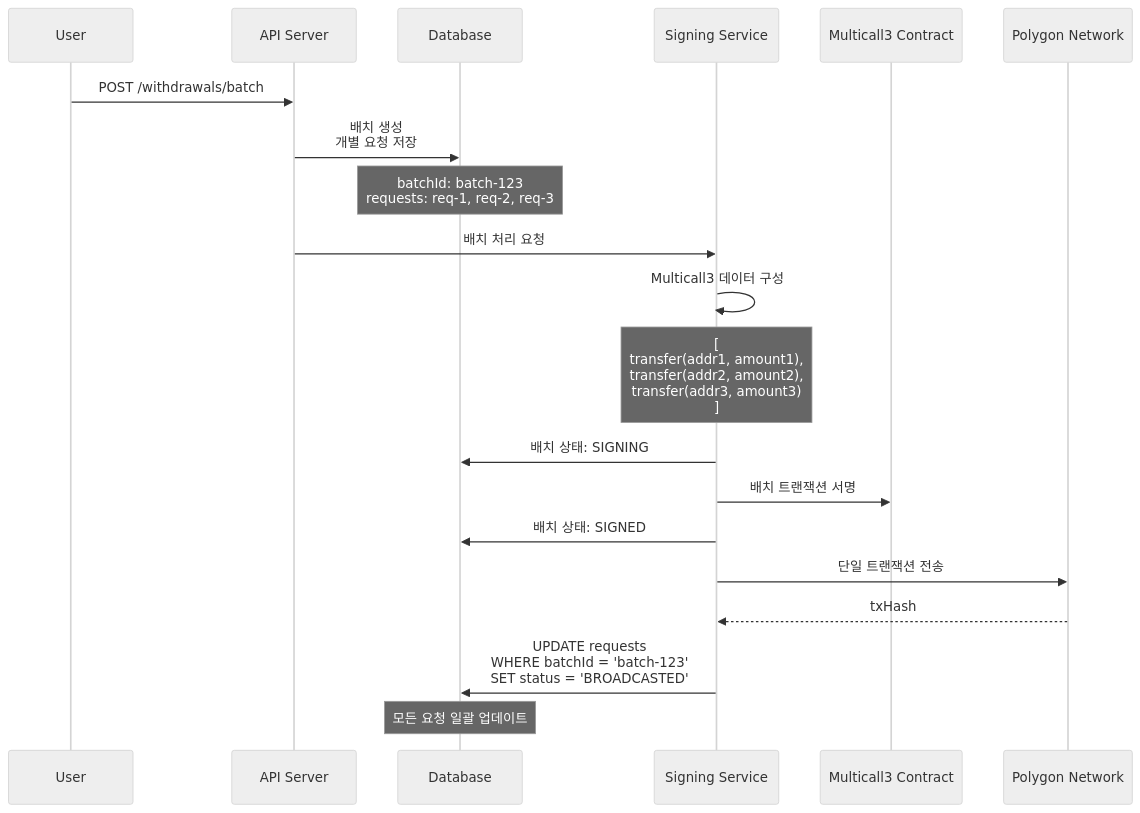
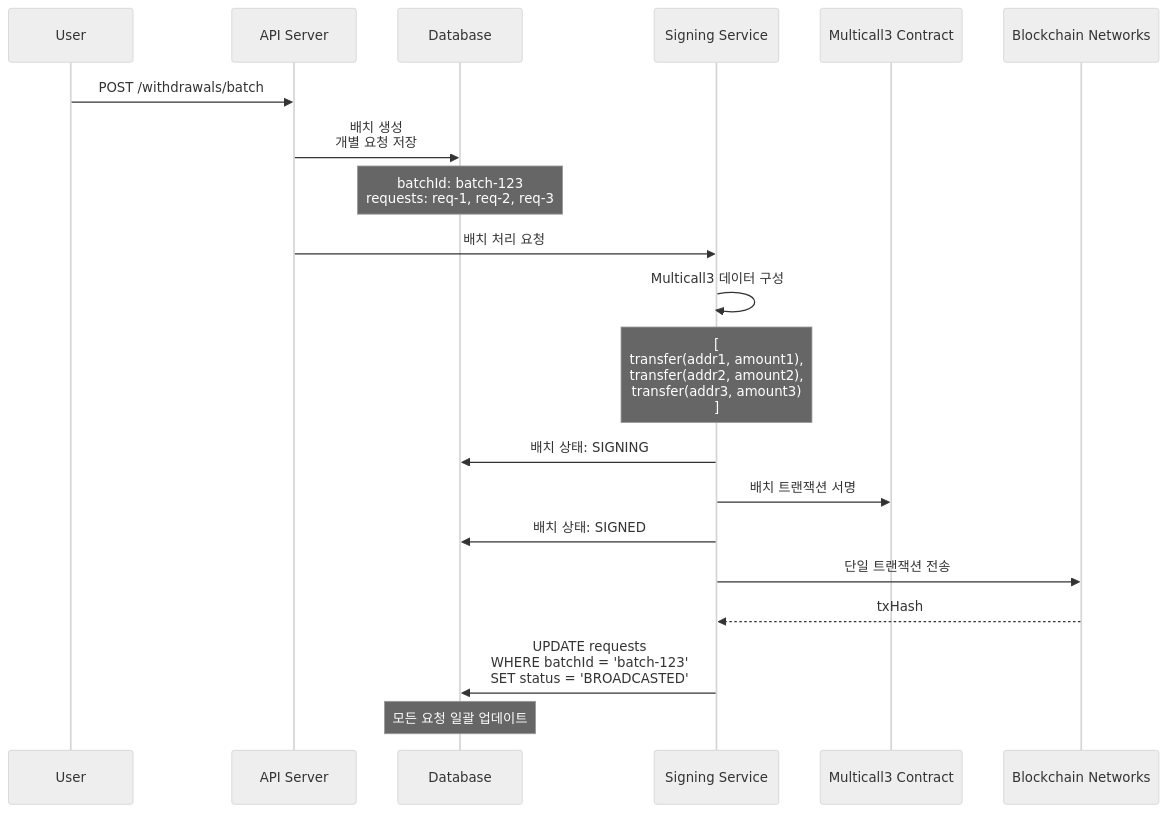
The fourth of 5 diagrams in docs/TRANSACTION_LIFECYCLE.md (globalmsq/asset-withdrawal-monorepo), drawn with Mermaid (neutral theme) before and after one commit. The commit also changed other lines of this file and 3 other files, not shown here.

First line of the commit message:
docs: Update architecture diagrams to reflect multi-chain support

````diff
--- a/docs/TRANSACTION_LIFECYCLE.md
+++ b/docs/TRANSACTION_LIFECYCLE.md
@@ -195,29 +195,29 @@
 ```mermaid
 sequenceDiagram
     participant User
     participant API as API Server
     participant DB as Database
     participant Signer as Signing Service
     participant Multicall as Multicall3 Contract
-    participant Blockchain as Polygon Network
+    participant Blockchain as Blockchain Networks
 
     User->>API: POST /withdrawals/batch
     API->>DB: 배치 생성<br/>개별 요청 저장
     Note over DB: batchId: batch-123<br/>requests: req-1, req-2, req-3
 
     API->>Signer: 배치 처리 요청
 
     Signer->>Signer: Multicall3 데이터 구성
     Note over Signer: [<br/>  transfer(addr1, amount1),<br/>  transfer(addr2, amount2),<br/>  transfer(addr3, amount3)<br/>]
 
     Signer->>DB: 배치 상태: SIGNING
     Signer->>Multicall: 배치 트랜잭션 서명
     Signer->>DB: 배치 상태: SIGNED
 
     Signer->>Blockchain: 단일 트랜잭션 전송
     Blockchain-->>Signer: txHash
 
     Signer->>DB: UPDATE requests<br/>WHERE batchId = 'batch-123'<br/>SET status = 'BROADCASTED'
 
     Note over DB: 모든 요청 일괄 업데이트
 ```
````
